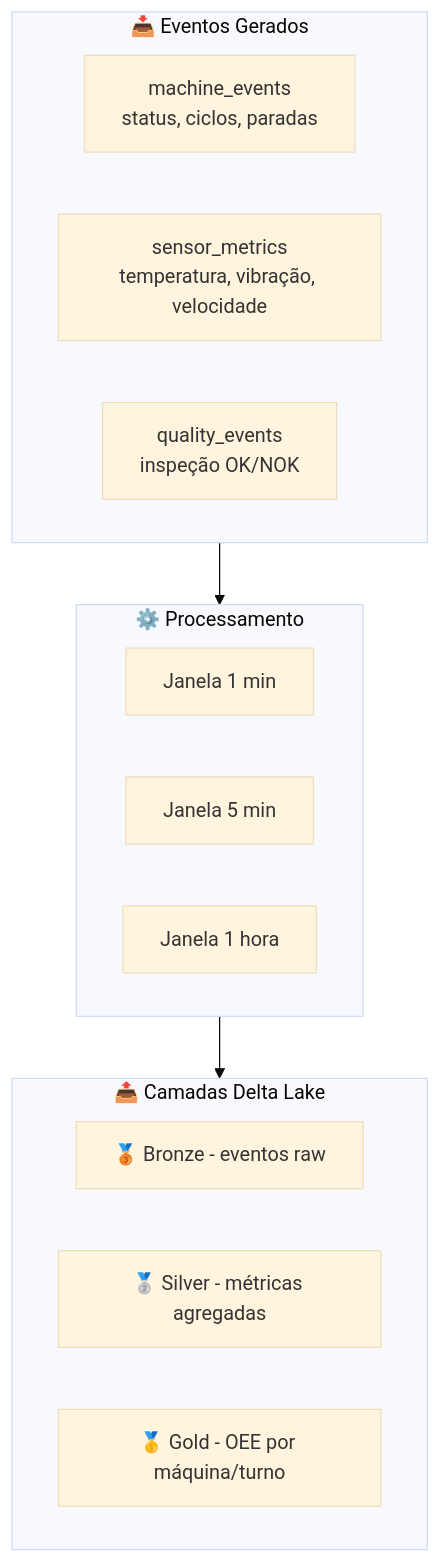
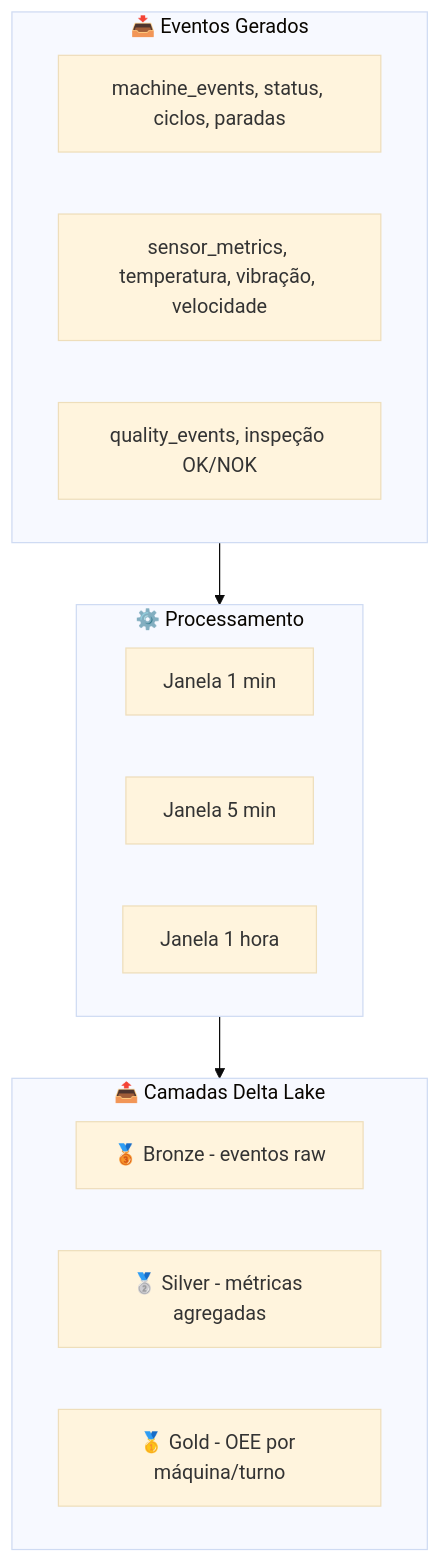
The second of 2 diagrams in README.md (FelipePiva03/IoT_OEE_streming_data), drawn with Mermaid (base theme) before and after one commit.

````diff
--- a/README.md
+++ b/README.md
@@ -54,22 +54,22 @@
 ```mermaid
 flowchart TB
     subgraph INPUT["📥 Eventos Gerados"]
-        E1["machine_events\nstatus, ciclos, paradas"]
-        E2["sensor_metrics\ntemperatura, vibração, velocidade"]
-        E3["quality_events\ninspeção OK/NOK"]
+        E1["machine_events, status, ciclos, paradas"]
+        E2["sensor_metrics, temperatura, vibração, velocidade"]
+        E3["quality_events, inspeção OK/NOK"]
     end
 
     subgraph PROCESS["⚙️ Processamento"]
         W1["Janela 1 min"]
         W2["Janela 5 min"]
         W3["Janela 1 hora"]
     end
 
     subgraph OUTPUT["📤 Camadas Delta Lake"]
         D1["🥉 Bronze - eventos raw"]
         D2["🥈 Silver - métricas agregadas"]
         D3["🥇 Gold - OEE por máquina/turno"]
     end
 
     INPUT --> PROCESS --> OUTPUT
 ```
````
